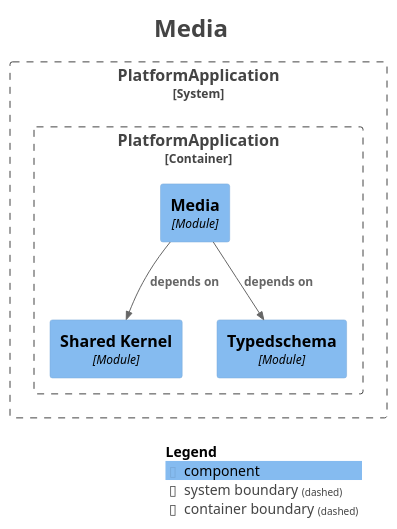
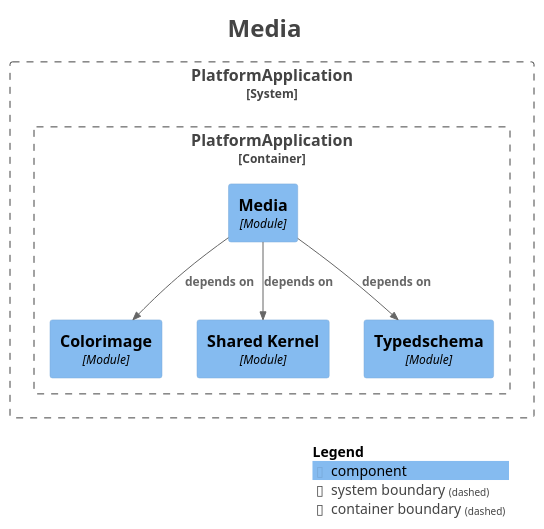
The diagram in platform-app/docs/architecture/maps/generated/modulith/module-media.puml (shangxq007/media-platform), drawn with PlantUML before and after one commit. The commit also changed 22 other files, not shown here.

First line of the commit message:
chore(architecture): regenerate modulith component maps after ROADMAP_19 final canonicalization

```diff
--- a/platform-app/docs/architecture/maps/generated/modulith/module-media.puml
+++ b/platform-app/docs/architecture/maps/generated/modulith/module-media.puml
@@ -1,32 +1,34 @@
 @startuml
 title <size:24>Media</size>
 
 set separator none
 top to bottom direction
 
 <style>
   root {
     BackgroundColor: #ffffff
     FontColor: #444444
   }
 </style>
 
 !include <C4/C4>
 !include <C4/C4_Context>
 !include <C4/C4_Component>
 
 System_Boundary("PlatformApplication_boundary", "PlatformApplication", $tags="") {
   Container_Boundary("PlatformApplication.PlatformApplication_boundary", "PlatformApplication", $tags="") {
+    Component(PlatformApplication.PlatformApplication.Colorimage, "Colorimage", $techn="Module", $descr="", $tags="", $link="")
     Component(PlatformApplication.PlatformApplication.Media, "Media", $techn="Module", $descr="", $tags="", $link="")
     Component(PlatformApplication.PlatformApplication.SharedKernel, "Shared Kernel", $techn="Module", $descr="", $tags="", $link="")
     Component(PlatformApplication.PlatformApplication.Typedschema, "Typedschema", $techn="Module", $descr="", $tags="", $link="")
   }
 
 }
 
 Rel(PlatformApplication.PlatformApplication.Media, PlatformApplication.PlatformApplication.SharedKernel, "depends on", $techn="", $tags="", $link="")
+Rel(PlatformApplication.PlatformApplication.Media, PlatformApplication.PlatformApplication.Colorimage, "depends on", $techn="", $tags="", $link="")
 Rel(PlatformApplication.PlatformApplication.Media, PlatformApplication.PlatformApplication.Typedschema, "depends on", $techn="", $tags="", $link="")
 
 SHOW_LEGEND(true)
 hide stereotypes
 @enduml
```
